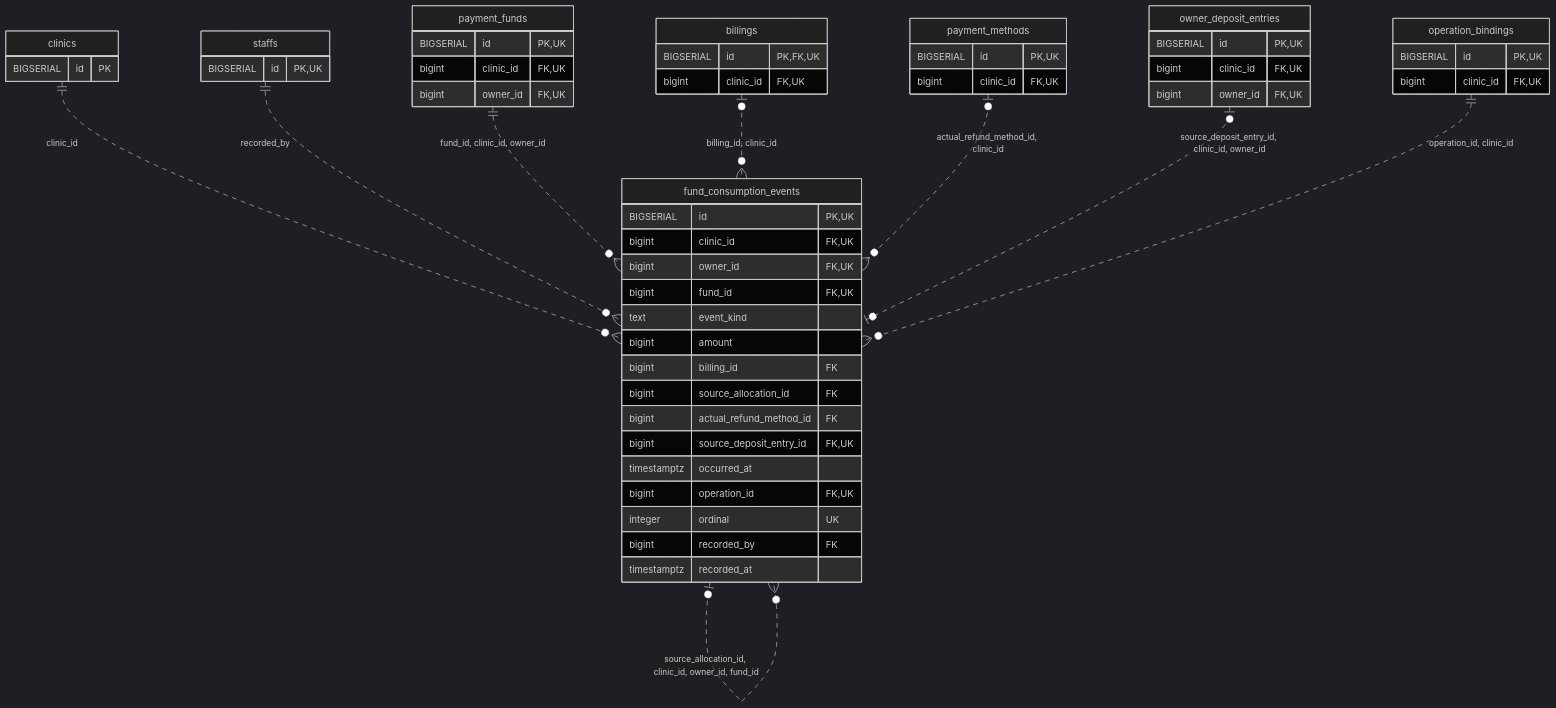
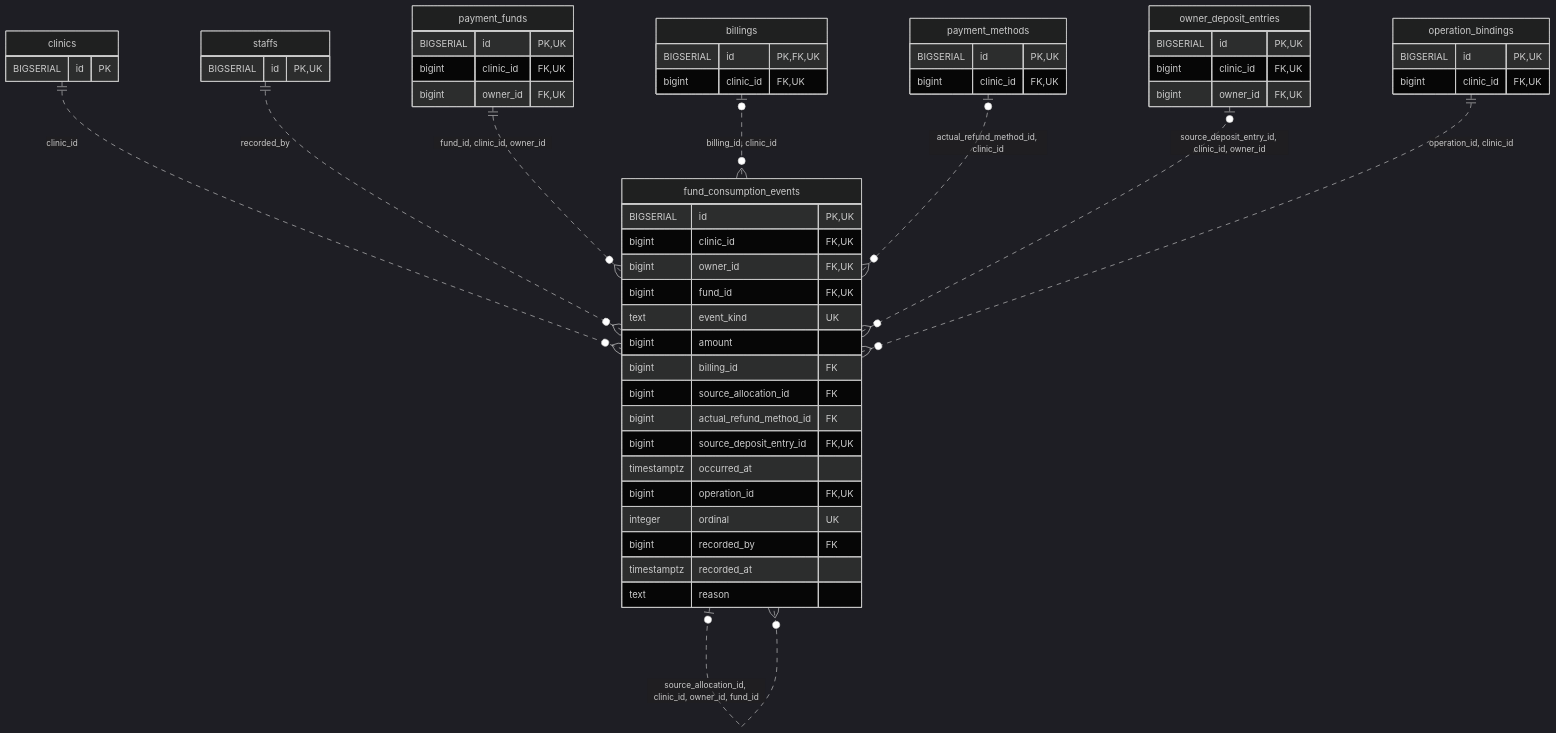
Before and after one commit to MinoruSoga/AnimalEkarte: the diagram in docs/architecture/erd-detail/fund_consumption_events.md, drawn with Mermaid (dark theme). The commit also changed other lines of this file and 147 other files, not shown here.

````diff
--- a/docs/architecture/erd-detail/fund_consumption_events.md
+++ b/docs/architecture/erd-detail/fund_consumption_events.md
@@ -38,56 +39,57 @@
 ```mermaid
 erDiagram
     fund_consumption_events {
         BIGSERIAL id PK,UK
         bigint clinic_id FK,UK
         bigint owner_id FK,UK
         bigint fund_id FK,UK
-        text event_kind
+        text event_kind UK
         bigint amount
         bigint billing_id FK
         bigint source_allocation_id FK
         bigint actual_refund_method_id FK
         bigint source_deposit_entry_id FK,UK
         timestamptz occurred_at
         bigint operation_id FK,UK
         integer ordinal UK
         bigint recorded_by FK
         timestamptz recorded_at
+        text reason
     }
     billings {
         BIGSERIAL id PK,FK,UK
         bigint clinic_id FK,UK
     }
     clinics {
         BIGSERIAL id PK
     }
     operation_bindings {
         BIGSERIAL id PK,UK
         bigint clinic_id FK,UK
     }
     owner_deposit_entries {
         BIGSERIAL id PK,UK
         bigint clinic_id FK,UK
         bigint owner_id FK,UK
     }
     payment_funds {
         BIGSERIAL id PK,UK
         bigint clinic_id FK,UK
         bigint owner_id FK,UK
     }
     payment_methods {
         BIGSERIAL id PK,UK
         bigint clinic_id FK,UK
     }
     staffs {
         BIGSERIAL id PK,UK
     }
     clinics ||..o{ fund_consumption_events : "clinic_id"
     staffs ||..o{ fund_consumption_events : "recorded_by"
     payment_funds ||..o{ fund_consumption_events : "fund_id, clinic_id, owner_id"
     fund_consumption_events o|..o{ fund_consumption_events : "source_allocation_id, clinic_id, owner_id, fund_id"
     billings o|..o{ fund_consumption_events : "billing_id, clinic_id"
     payment_methods o|..o{ fund_consumption_events : "actual_refund_method_id, clinic_id"
-    owner_deposit_entries o|..o| fund_consumption_events : "source_deposit_entry_id, clinic_id, owner_id"
+    owner_deposit_entries o|..o{ fund_consumption_events : "source_deposit_entry_id, clinic_id, owner_id"
     operation_bindings ||..o{ fund_consumption_events : "operation_id, clinic_id"
 ```
````
